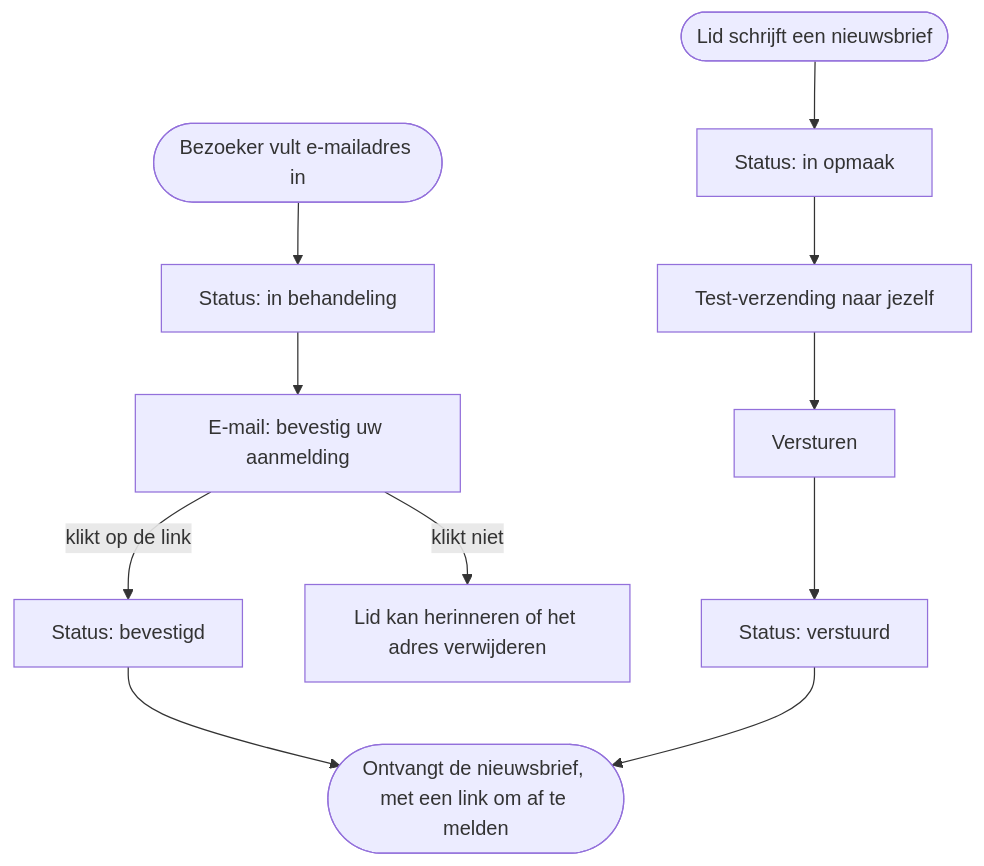
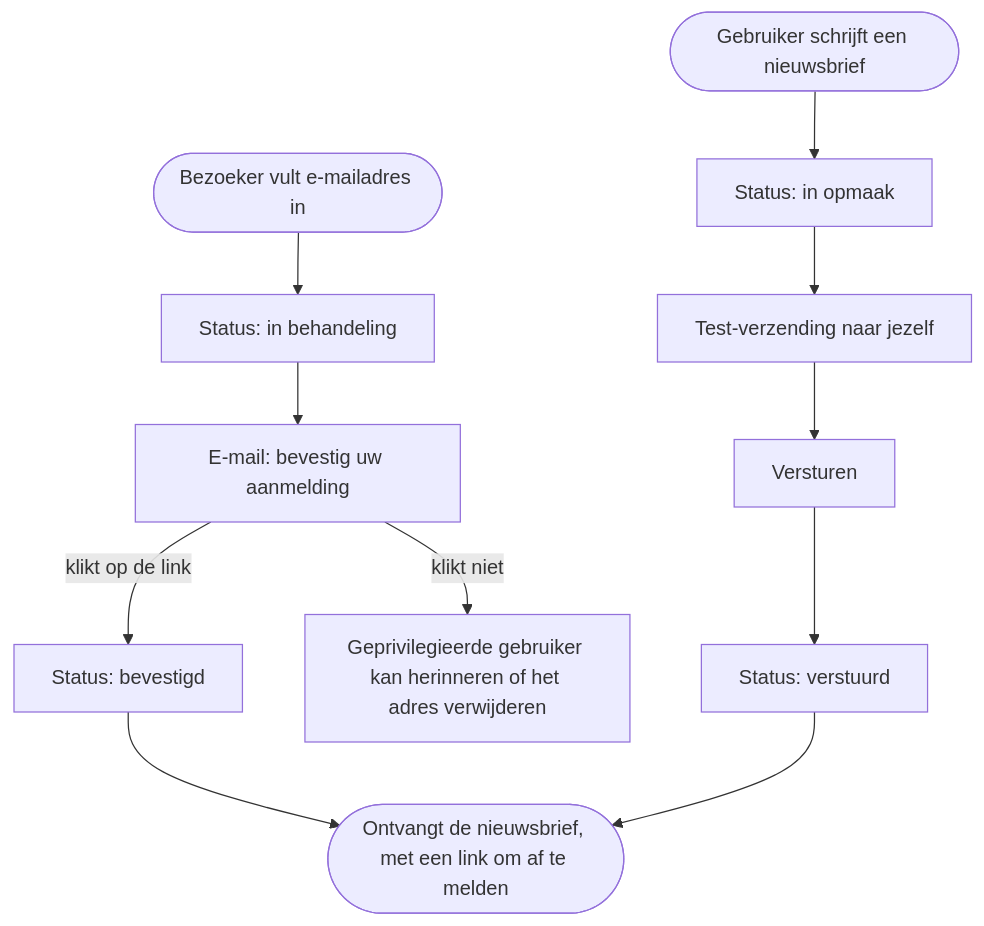
One commit to guidol-ive/hypha changed the first of 2 diagrams in docs/handleiding/gebruik/08-andere-paginatypes.md. Above: the diagram before and after it, drawn with Mermaid. The commit also changed other lines of this file and 29 other files, not shown here.

````diff
--- a/docs/handleiding/gebruik/08-andere-paginatypes.md
+++ b/docs/handleiding/gebruik/08-andere-paginatypes.md
@@ -21,13 +21,13 @@
 ```mermaid
 flowchart TD
     a([Bezoeker vult e-mailadres in]) --> b[Status: in behandeling]
     b --> c[E-mail: bevestig uw aanmelding]
     c -->|klikt op de link| d[Status: bevestigd]
-    c -->|klikt niet| e[Lid kan herinneren of het adres verwijderen]
-    f([Lid schrijft een nieuwsbrief]) --> g[Status: in opmaak]
+    c -->|klikt niet| e[Geprivilegieerde gebruiker kan herinneren of het adres verwijderen]
+    f([Gebruiker schrijft een nieuwsbrief]) --> g[Status: in opmaak]
     g --> h[Test-verzending naar jezelf]
     h --> i[Versturen]
     i --> j[Status: verstuurd]
     d --> k([Ontvangt de nieuwsbrief, met een link om af te melden])
     j --> k
 ```
````
